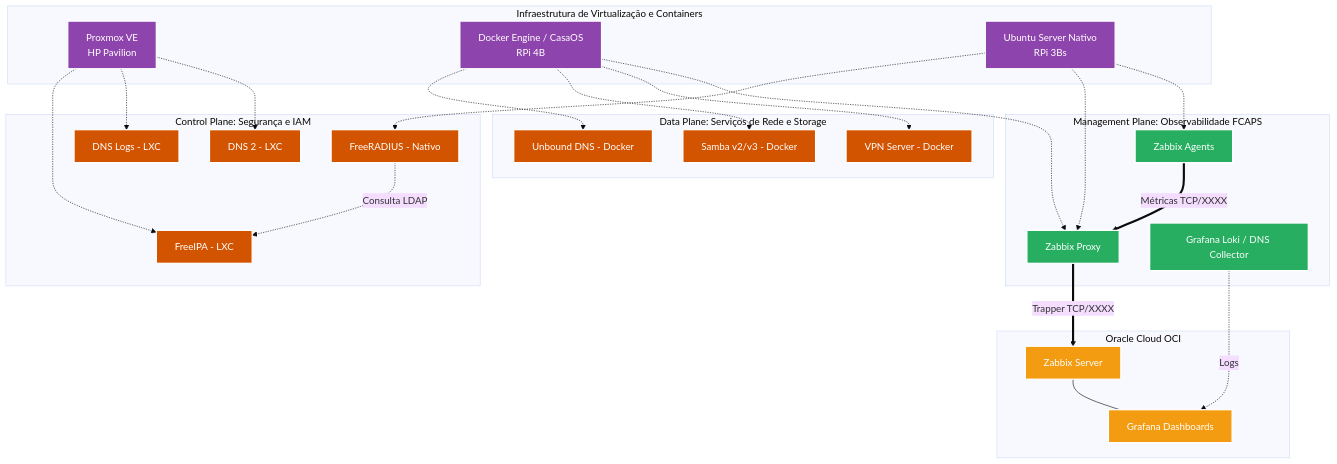
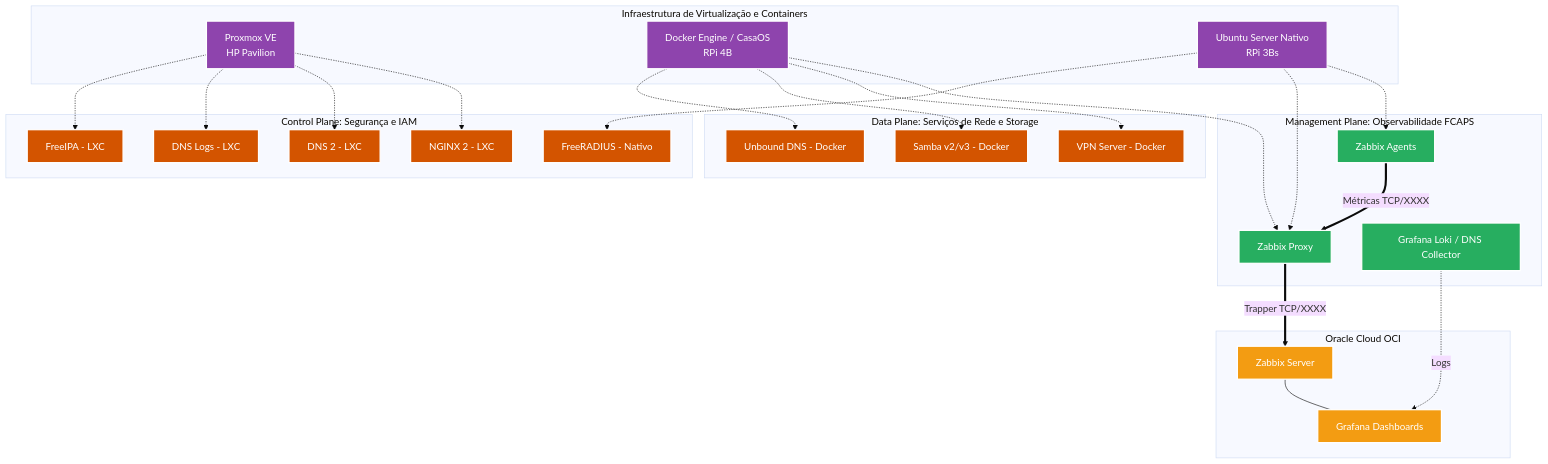
The second of 2 diagrams in 01-infrastructure/README.md (kevindexter22/Dr-Hardware-Autonet), drawn with Mermaid (base theme) before and after one commit.

Commit message:
Add NGINX service to Control Plane diagram

````diff
--- a/01-infrastructure/README.md
+++ b/01-infrastructure/README.md
@@ -66,58 +66,59 @@
 ```mermaid
 graph TD
     %% Classes de Estilo L3-L7
     classDef hypervisor fill:#8e44ad,stroke:#FFFFFF,stroke-width:2px,color:#fff;
     classDef oss fill:#27ae60,stroke:#FFFFFF,stroke-width:2px,color:#fff;
     classDef coreService fill:#d35400,stroke:#FFFFFF,stroke-width:2px,color:#fff;
     classDef cloud fill:#f39c12,stroke:#FFFFFF,stroke-width:2px,color:#fff;
 
     subgraph VIM [Infraestrutura de Virtualização e Containers]
         PVE[Proxmox VE<br/>HP Pavilion]:::hypervisor
         DOCKER[Docker Engine / CasaOS<br/>RPi 4B]:::hypervisor
         NATIVE[Ubuntu Server Nativo<br/>RPi 3Bs]:::hypervisor
     end
 
     subgraph AAA_SEC [Control Plane: Segurança e IAM]
         FIPA[FreeIPA - LXC]:::coreService
         LDNSL[DNS Logs - LXC]:::coreService
         UDNSL[DNS 2 - LXC]:::coreService
+        RNGNXL[NGINX 2 - LXC]:::coreService
         FRAD[FreeRADIUS - Nativo]:::coreService
         PVE -.-> FIPA
         PVE -.-> LDNSL
         PVE -.-> UDNSL
+        PVE -.-> RNGNXL
         NATIVE -.-> FRAD
-        FRAD -.->|Consulta LDAP| FIPA
     end
 
     subgraph NET_SERVICES [Data Plane: Serviços de Rede e Storage]
         UNB[Unbound DNS - Docker]:::coreService
         SMB[Samba v2/v3 - Docker]:::coreService
         VPN[VPN Server - Docker]:::coreService
         
         DOCKER -.-> UNB
         DOCKER -.-> SMB
         DOCKER -.-> VPN
     end
 
     subgraph OSS_MGMT [Management Plane: Observabilidade FCAPS]
         ZPX[Zabbix Proxy]:::oss
         ZA[Zabbix Agents]:::oss
         GRAF_LOKI[Grafana Loki / DNS Collector]:::oss
         
         DOCKER -.-> ZPX
         NATIVE -.-> ZPX
         NATIVE -.-> ZA
     end
 
     subgraph PUBLIC_CLOUD [Oracle Cloud OCI]
         ZBS[Zabbix Server]:::cloud
         GRAF[Grafana Dashboards]:::cloud
     end
 
     %% Fluxos de Mediação de Dados
     ZA ==>|Métricas TCP/XXXX| ZPX
     ZPX ==>|Trapper TCP/XXXX| ZBS
     GRAF_LOKI -.->|Logs| GRAF
     ZBS --- GRAF
 
 ```
````
